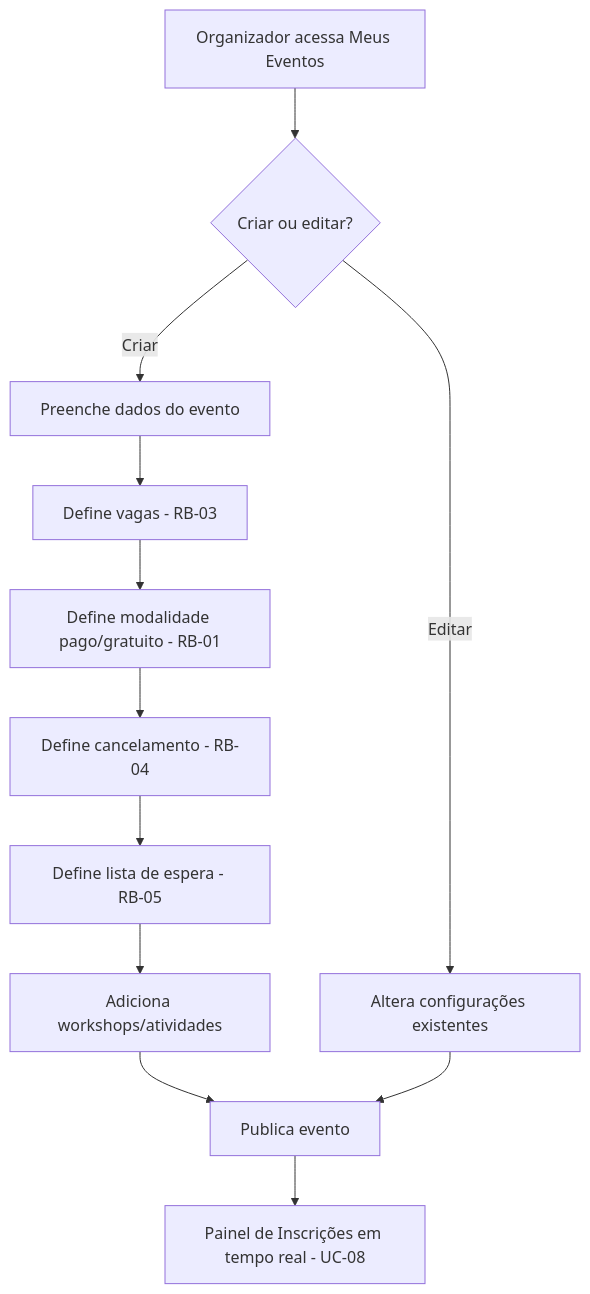
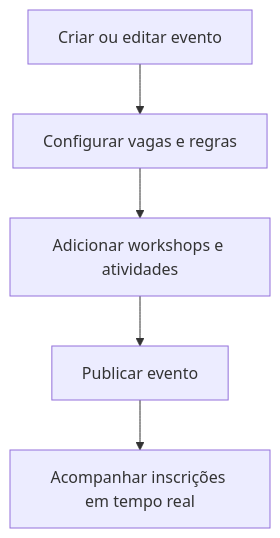
Before and after one commit to felipe-globo/engenharia-requisitos-genai: the fifth of 7 diagrams in especificacao/prototipos-e-fluxos.md, drawn with Mermaid. The commit also changed other lines of this file, not shown here.

First line of the commit message:
docs: simplify prototypes and flows to main path diagrams

````diff
--- a/especificacao/prototipos-e-fluxos.md
+++ b/especificacao/prototipos-e-fluxos.md
@@ -122,14 +72,7 @@
 ```mermaid
 flowchart TD
-    A[Organizador acessa Meus Eventos] --> B{Criar ou editar?}
-    B -->|Criar| C[Preenche dados do evento]
-    C --> D[Define vagas - RB-03]
-    D --> E[Define modalidade pago/gratuito - RB-01]
-    E --> F[Define cancelamento - RB-04]
-    F --> G[Define lista de espera - RB-05]
-    G --> H[Adiciona workshops/atividades]
-    H --> I[Publica evento]
-    B -->|Editar| J[Altera configurações existentes]
-    J --> I
-    I --> K[Painel de Inscrições em tempo real - UC-08]
+    A[Criar ou editar evento] --> B[Configurar vagas e regras]
+    B --> C[Adicionar workshops e atividades]
+    C --> D[Publicar evento]
+    D --> E[Acompanhar inscrições em tempo real]
 ```
````
